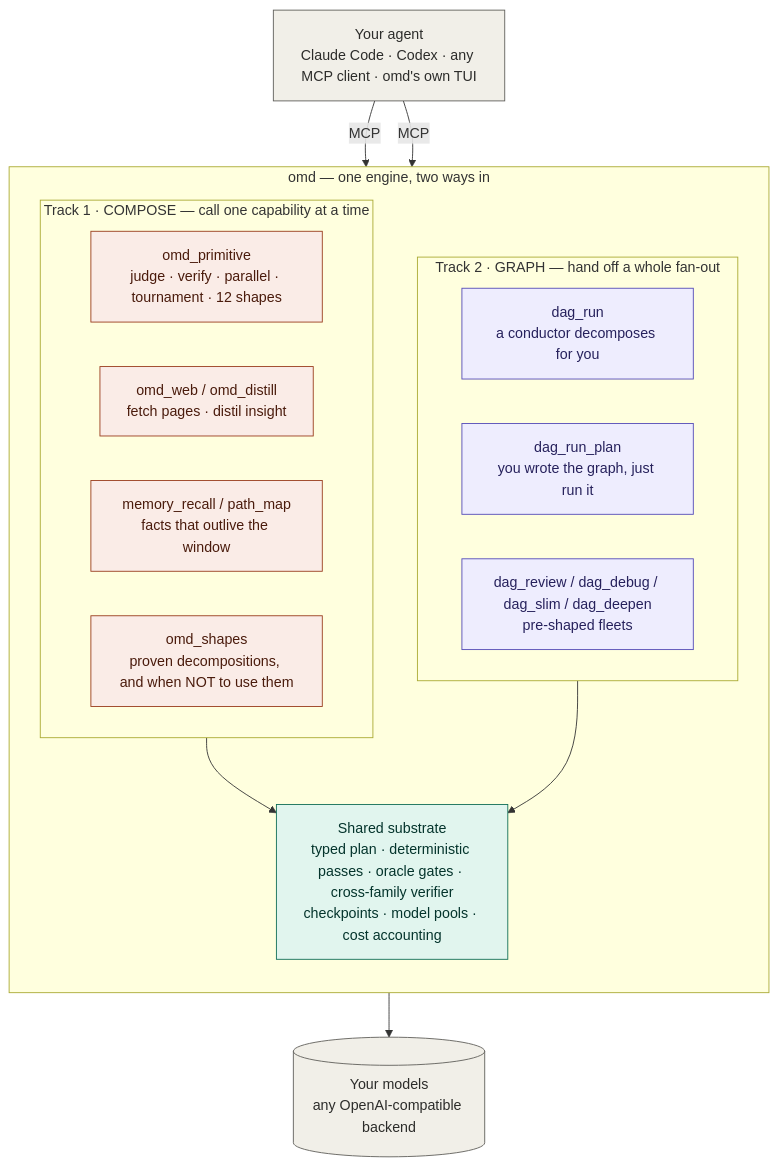
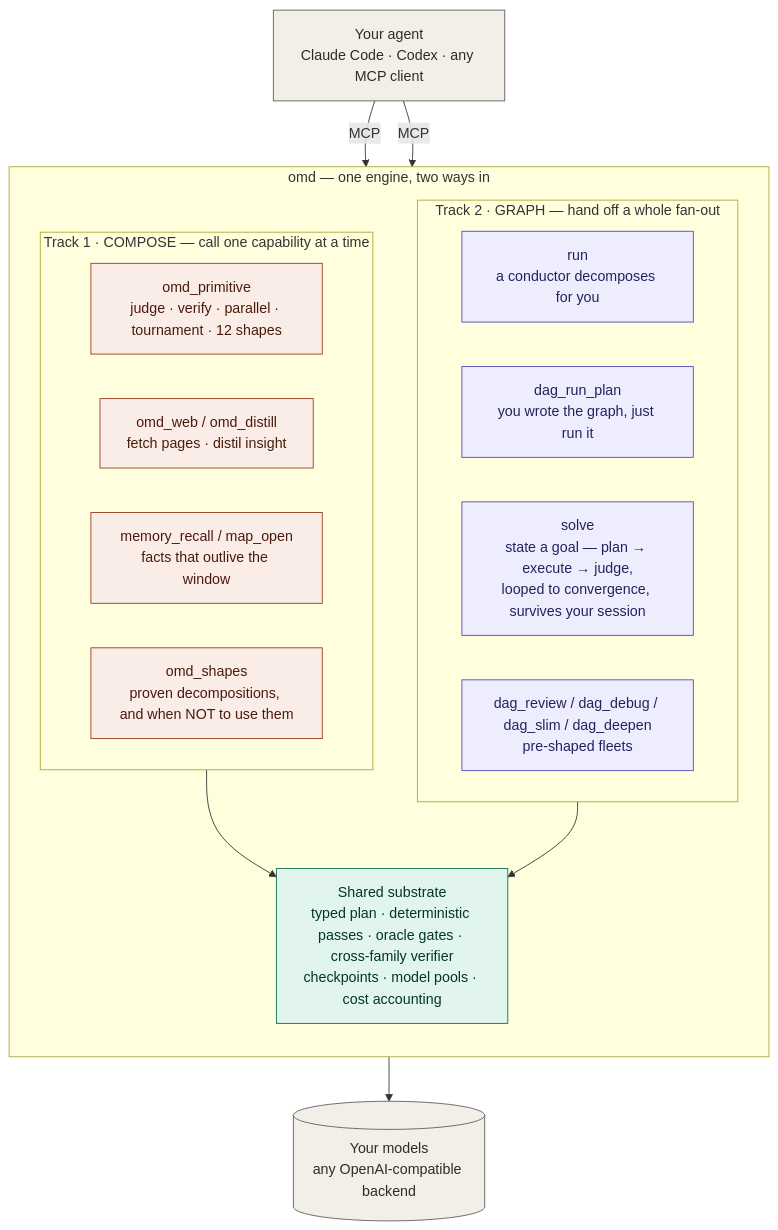
Before and after one commit to AbyssCN/oh-my-dag: the diagram in docs/diagrams/02-two-tracks.md, drawn with Mermaid. The commit also changed other lines of this file and 7 other files, not shown here.

First line of the commit message:
docs: 文档面追平盘上现实 —— goal/solve 入档 · 座位真源 · TUI/开放生态两新篇 · README 双语纠错

````diff
--- a/docs/diagrams/02-two-tracks.md
+++ b/docs/diagrams/02-two-tracks.md
@@ -12,39 +12,40 @@
 ```mermaid
 flowchart TB
-  AGENT["Your agent<br/>Claude Code · Codex · any MCP client · omd's own TUI"]
+  AGENT["Your agent<br/>Claude Code · Codex · any MCP client"]
 
   subgraph OMD["omd — one engine, two ways in"]
     direction TB
 
     subgraph T1["Track 1 · COMPOSE — call one capability at a time"]
       C1["omd_primitive<br/>judge · verify · parallel · tournament · 12 shapes"]
       C2["omd_web / omd_distill<br/>fetch pages · distil insight"]
-      C3["memory_recall / path_map<br/>facts that outlive the window"]
+      C3["memory_recall / map_open<br/>facts that outlive the window"]
       C4["omd_shapes<br/>proven decompositions, and when NOT to use them"]
     end
 
     subgraph T2["Track 2 · GRAPH — hand off a whole fan-out"]
-      G1["dag_run<br/>a conductor decomposes for you"]
+      G1["run<br/>a conductor decomposes for you"]
       G2["dag_run_plan<br/>you wrote the graph, just run it"]
-      G3["dag_review / dag_debug / dag_slim / dag_deepen<br/>pre-shaped fleets"]
+      G3["solve<br/>state a goal — plan → execute → judge,<br/>looped to convergence, survives your session"]
+      G4["dag_review / dag_debug / dag_slim / dag_deepen<br/>pre-shaped fleets"]
     end
 
     BASE["Shared substrate<br/>typed plan · deterministic passes · oracle gates · cross-family verifier<br/>checkpoints · model pools · cost accounting"]
     T1 --> BASE
     T2 --> BASE
   end
 
   MODELS[("Your models<br/>any OpenAI-compatible backend")]
   AGENT -->|MCP| T1
   AGENT -->|MCP| T2
   BASE --> MODELS
 
   classDef compose fill:#FAECE7,stroke:#993C1D,color:#4A1B0C
   classDef dagmode fill:#EEEDFE,stroke:#534AB7,color:#26215C
   classDef base fill:#E1F5EE,stroke:#0F6E56,color:#04342C
   classDef ext fill:#F1EFE8,stroke:#5F5E5A,color:#2C2C2A
   class C1,C2,C3,C4 compose
-  class G1,G2,G3 dagmode
+  class G1,G2,G3,G4 dagmode
   class BASE base
   class AGENT,MODELS ext
 ```
````
